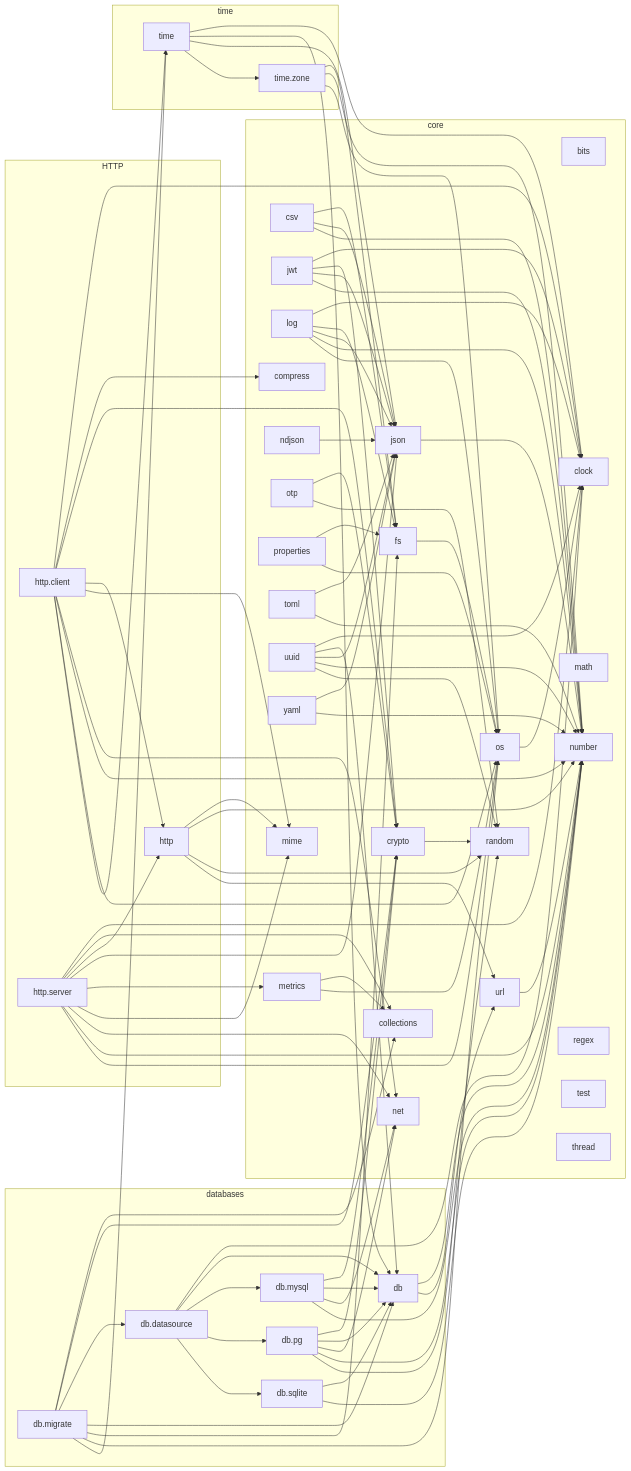
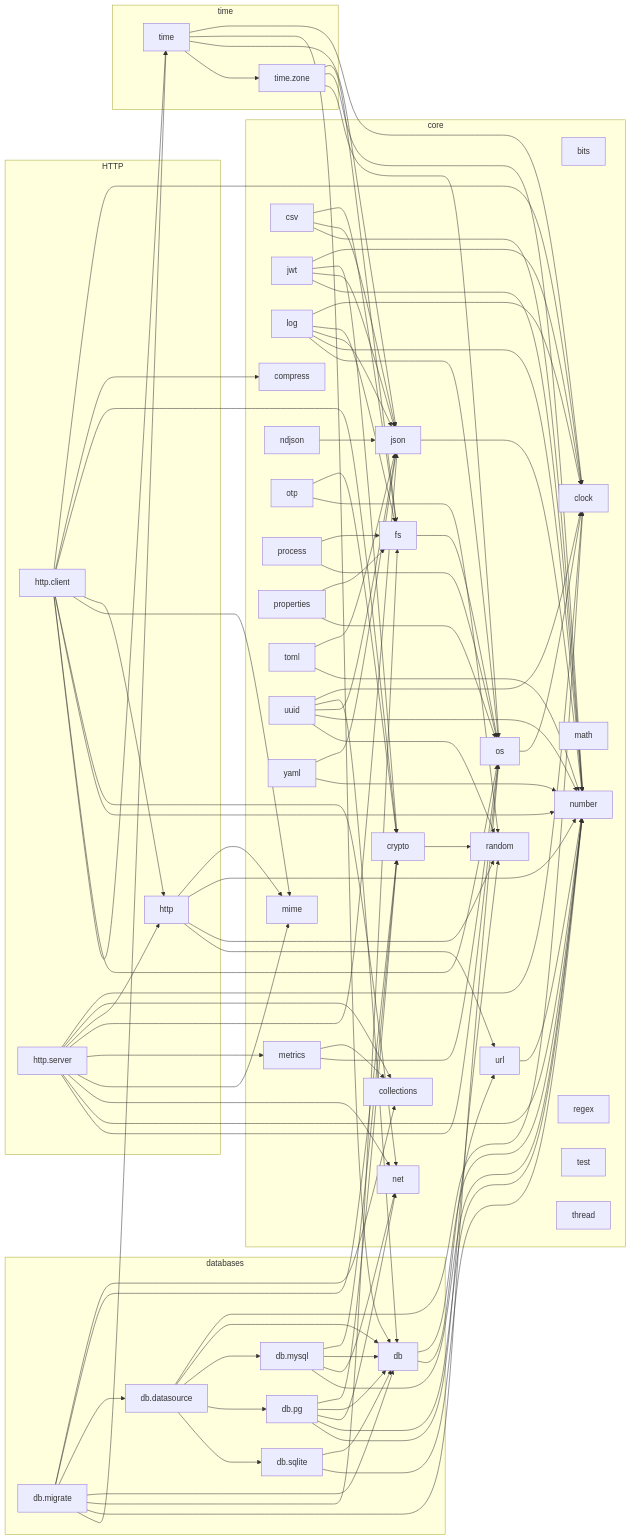
Before and after one commit to vasnatech/ziman: the diagram in docs/lib/dependencies.md, drawn with Mermaid. The commit also changed other lines of this file and 17 other files, not shown here.

```diff
--- a/docs/lib/dependencies.md
+++ b/docs/lib/dependencies.md
@@ -26,6 +26,7 @@
         number["number"]
         os["os"]
         otp["otp"]
+        process["process"]
         properties["properties"]
         random["random"]
         regex["regex"]
@@ -110,6 +111,8 @@
     pg --> net
     pg --> number
     pg --> random
+    process --> fs
+    process --> os
     properties --> fs
     properties --> os
     server --> clock
```
